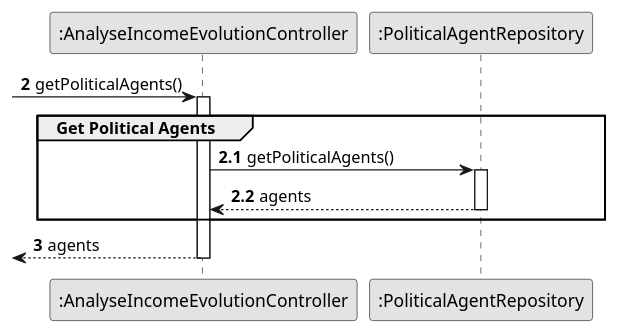
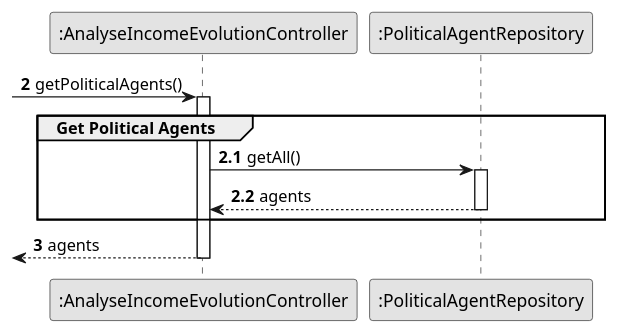
Before and after one commit to brunodspinto/crystal-clear-platform: the diagram in docs/system-documentation/US10/03.design/puml/US10-SD-partial-get-political-agents.puml, drawn with PlantUML. The commit also changed 42 other files, not shown here.

```diff
--- a/docs/system-documentation/US10/03.design/puml/US10-SD-partial-get-political-agents.puml
+++ b/docs/system-documentation/US10/03.design/puml/US10-SD-partial-get-political-agents.puml
@@ -1,27 +1,27 @@
 @startuml US10-SD-partial-get-political-agents
 skinparam monochrome true
 skinparam packageStyle rectangle
 skinparam shadowing false
 
 autonumber
 
 participant ":AnalyseIncomeEvolutionController" as CTRL
 participant ":PoliticalAgentRepository" as PAR
 
 autonumber 2
  -> CTRL : getPoliticalAgents()
 autonumber 2.1
 activate CTRL
     group Get Political Agents
 
-        CTRL -> PAR : getPoliticalAgents()
+        CTRL -> PAR : getAll()
         activate PAR
             PAR --> CTRL : agents
         deactivate PAR
 
     end
     autonumber 3
     <-- CTRL : agents
 deactivate CTRL
 
 @enduml
```
